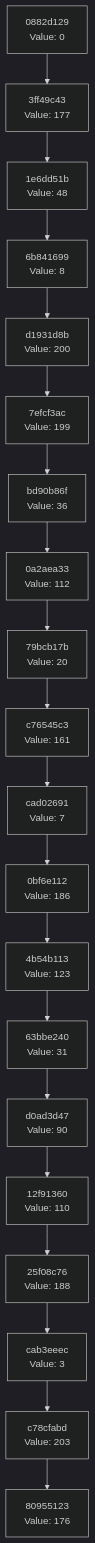
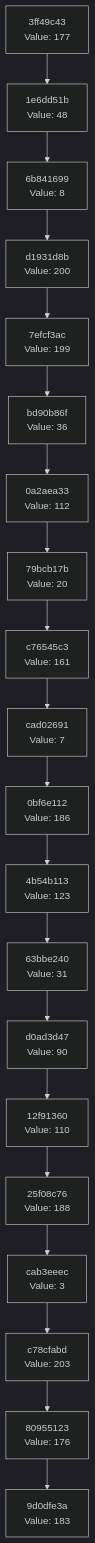
One commit to Abhisheksinha1506/hash-chain-evolver changed the diagram in docs/CHAIN_VISUALIZATION.md. Above: the diagram before and after it, drawn with Mermaid (dark theme). The commit also changed 2 other files, not shown here.

Commit message:
Evolution step: hash 0xB7 → action executed

````diff
--- a/docs/CHAIN_VISUALIZATION.md
+++ b/docs/CHAIN_VISUALIZATION.md
@@ -3,42 +3,42 @@
 ```mermaid
 graph TD
-    C0["80955123<br/>Value: 176"]
-    C1["c78cfabd<br/>Value: 203"]
+    C0["9d0dfe3a<br/>Value: 183"]
+    C1["80955123<br/>Value: 176"]
     C1 --> C0
-    C2["cab3eeec<br/>Value: 3"]
+    C2["c78cfabd<br/>Value: 203"]
     C2 --> C1
-    C3["25f08c76<br/>Value: 188"]
+    C3["cab3eeec<br/>Value: 3"]
     C3 --> C2
-    C4["12f91360<br/>Value: 110"]
+    C4["25f08c76<br/>Value: 188"]
     C4 --> C3
-    C5["d0ad3d47<br/>Value: 90"]
+    C5["12f91360<br/>Value: 110"]
     C5 --> C4
-    C6["63bbe240<br/>Value: 31"]
+    C6["d0ad3d47<br/>Value: 90"]
     C6 --> C5
-    C7["4b54b113<br/>Value: 123"]
+    C7["63bbe240<br/>Value: 31"]
     C7 --> C6
-    C8["0bf6e112<br/>Value: 186"]
+    C8["4b54b113<br/>Value: 123"]
     C8 --> C7
-    C9["cad02691<br/>Value: 7"]
+    C9["0bf6e112<br/>Value: 186"]
     C9 --> C8
-    C10["c76545c3<br/>Value: 161"]
+    C10["cad02691<br/>Value: 7"]
     C10 --> C9
-    C11["79bcb17b<br/>Value: 20"]
+    C11["c76545c3<br/>Value: 161"]
     C11 --> C10
-    C12["0a2aea33<br/>Value: 112"]
+    C12["79bcb17b<br/>Value: 20"]
     C12 --> C11
-    C13["bd90b86f<br/>Value: 36"]
+    C13["0a2aea33<br/>Value: 112"]
     C13 --> C12
-    C14["7efcf3ac<br/>Value: 199"]
+    C14["bd90b86f<br/>Value: 36"]
     C14 --> C13
-    C15["d1931d8b<br/>Value: 200"]
+    C15["7efcf3ac<br/>Value: 199"]
     C15 --> C14
-    C16["6b841699<br/>Value: 8"]
+    C16["d1931d8b<br/>Value: 200"]
     C16 --> C15
-    C17["1e6dd51b<br/>Value: 48"]
+    C17["6b841699<br/>Value: 8"]
     C17 --> C16
-    C18["3ff49c43<br/>Value: 177"]
+    C18["1e6dd51b<br/>Value: 48"]
     C18 --> C17
-    C19["0882d129<br/>Value: 0"]
+    C19["3ff49c43<br/>Value: 177"]
     C19 --> C18
 ```
````
